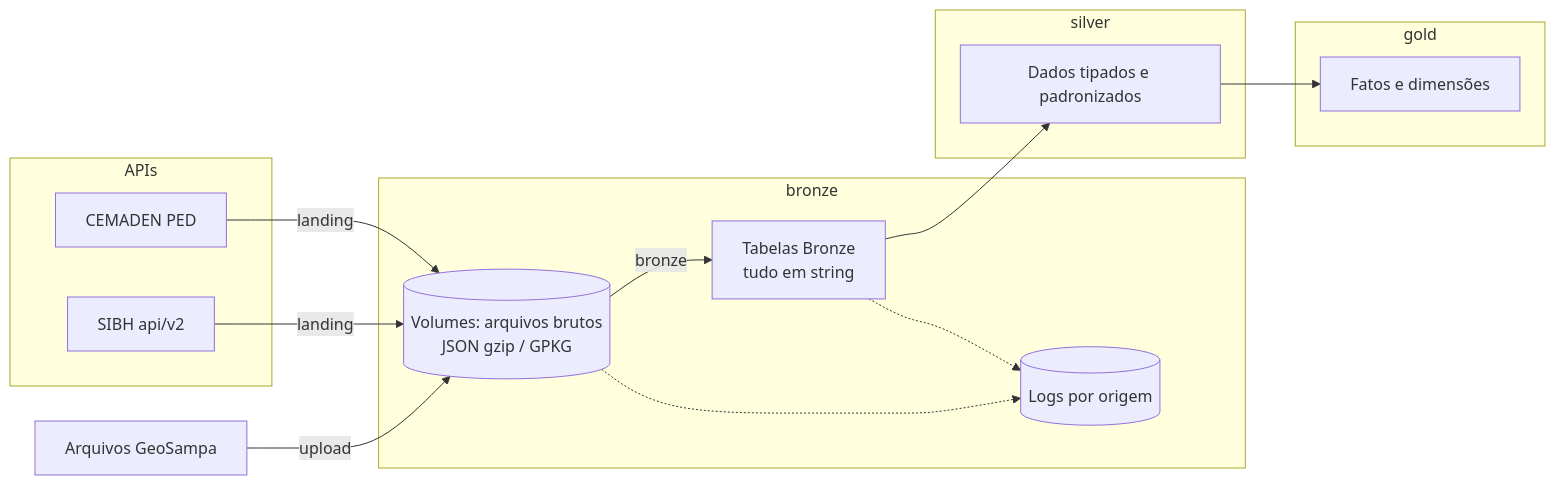
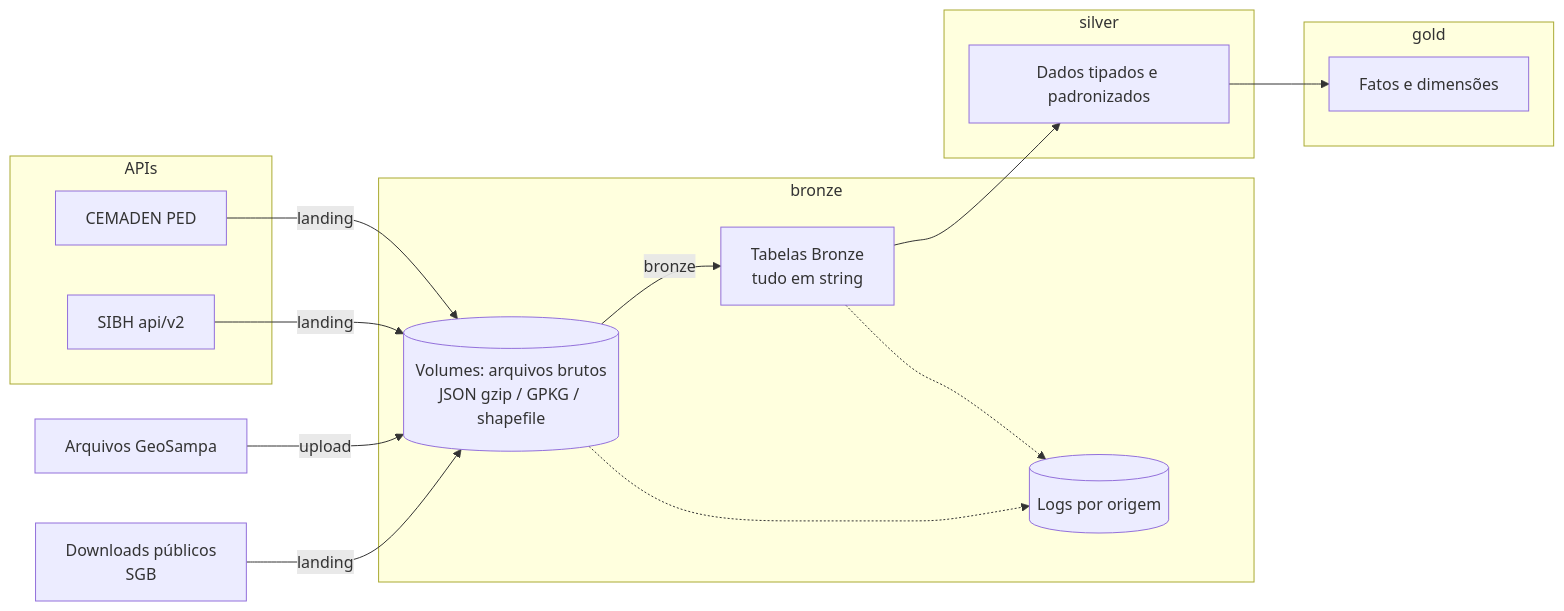
The first of 2 diagrams in README.md (juniorOnData/FIAP-GS2-2TSCPV-2026), drawn with Mermaid before and after one commit. The commit also changed other lines of this file and 10 other files, not shown here.

````diff
--- a/README.md
+++ b/README.md
@@ -15,26 +16,28 @@
 ```mermaid
 flowchart LR
   subgraph APIs
     PED[CEMADEN PED]
     SIBH[SIBH api/v2]
   end
   GPKG[Arquivos GeoSampa]
+  PUB[Downloads públicos<br/>SGB]
   subgraph bronze
-    VOL[(Volumes: arquivos brutos<br/>JSON gzip / GPKG)]
+    VOL[(Volumes: arquivos brutos<br/>JSON gzip / GPKG / shapefile)]
     BT[Tabelas Bronze<br/>tudo em string]
     LOG[(Logs por origem)]
   end
   subgraph silver
     ST[Dados tipados e padronizados]
   end
   subgraph gold
     GT[Fatos e dimensões]
   end
   PED -- landing --> VOL
   SIBH -- landing --> VOL
   GPKG -- upload --> VOL
+  PUB -- landing --> VOL
   VOL -- bronze --> BT
   BT --> ST --> GT
   VOL -.-> LOG
   BT -.-> LOG
 ```
````
